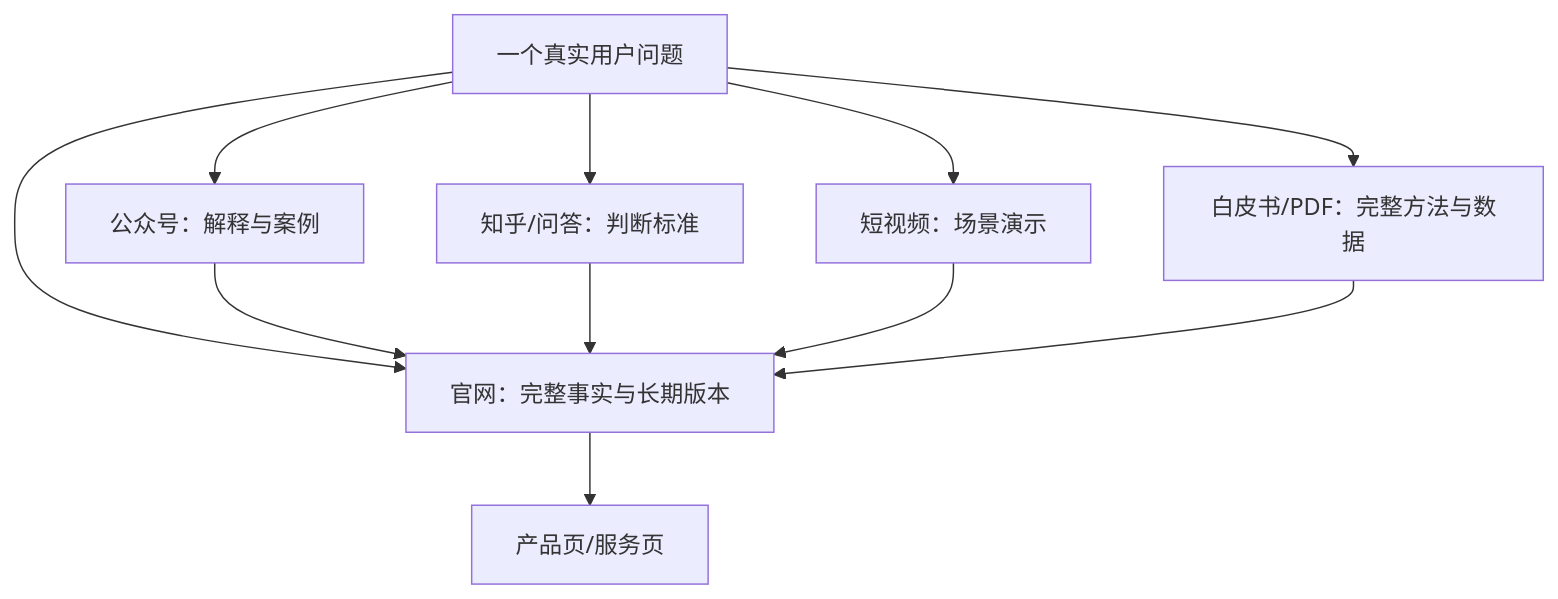
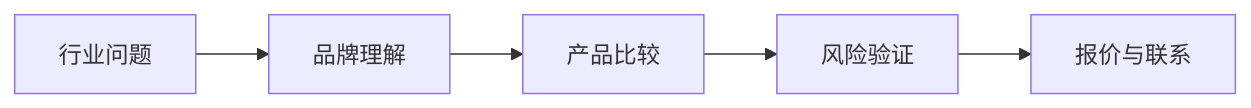
The second of 3 diagrams in playbooks/DOMESTIC-GEO-PLAYBOOK.md (ChinaYiqun/GEO-Master), drawn with Mermaid before and after one commit. The commit also changed other lines of this file, not shown here.

````diff
--- a/playbooks/DOMESTIC-GEO-PLAYBOOK.md
+++ b/playbooks/DOMESTIC-GEO-PLAYBOOK.md
@@ -72,13 +168,7 @@
 ```mermaid
-flowchart TD
-    Q[一个真实用户问题] --> W[官网：完整事实与长期版本]
-    Q --> WX[公众号：解释与案例]
-    Q --> ZH[知乎/问答：判断标准]
-    Q --> V[短视频：场景演示]
-    Q --> PDF[白皮书/PDF：完整方法与数据]
-    W --> P[产品页/服务页]
-    WX --> W
-    ZH --> W
-    V --> W
-    PDF --> W
+flowchart LR
+    A[行业问题] --> B[品牌理解]
+    B --> C[产品比较]
+    C --> D[风险验证]
+    D --> E[报价与联系]
 ```
````
